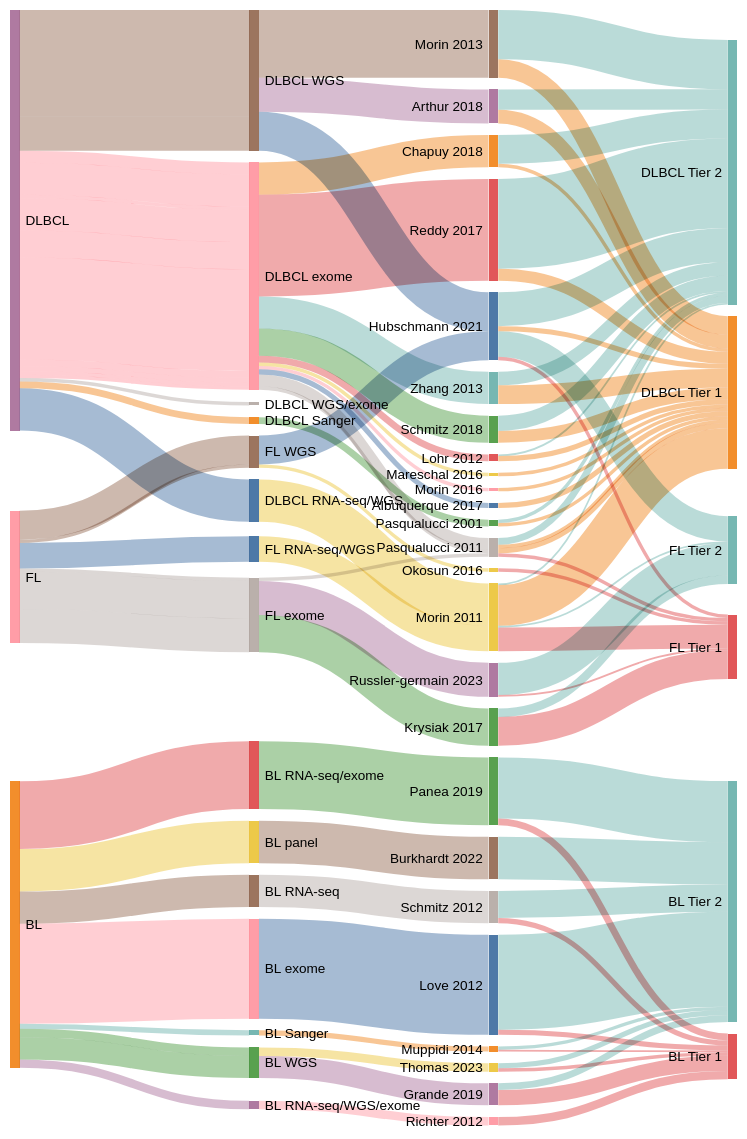
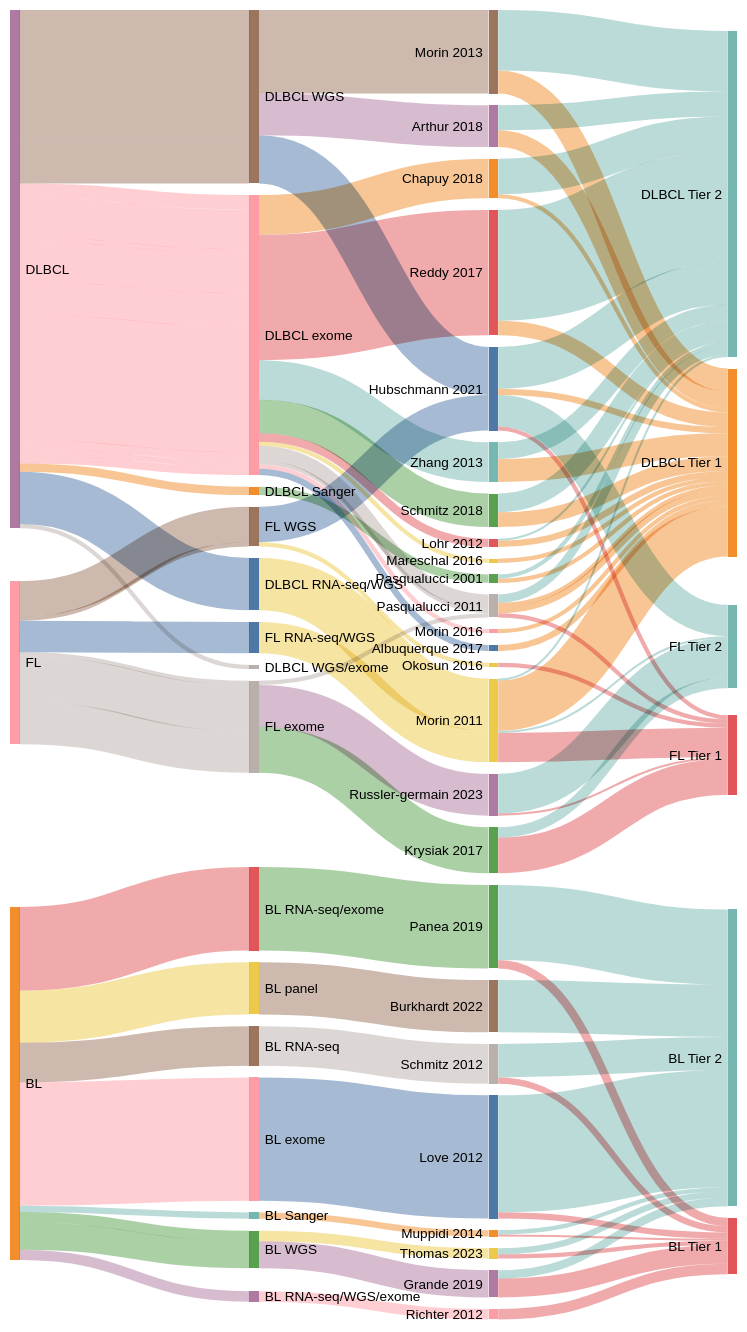
The first of 2 diagrams in Home.md (morinlab/lymphopedia), drawn with Mermaid (forest theme) before and after one commit. The commit also changed other lines of this file, not shown here.

```diff
--- a/Home.md
+++ b/Home.md
@@ -34,7 +35,7 @@
     showValues: false
     linkColor: target
     width: 750
-    height: 1150
+    height: 1350
     nodeAlignment: left
 ---
 sankey-beta
```
